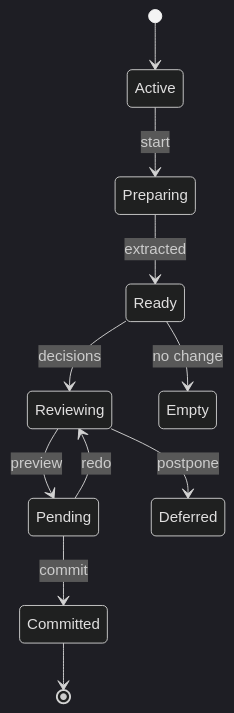
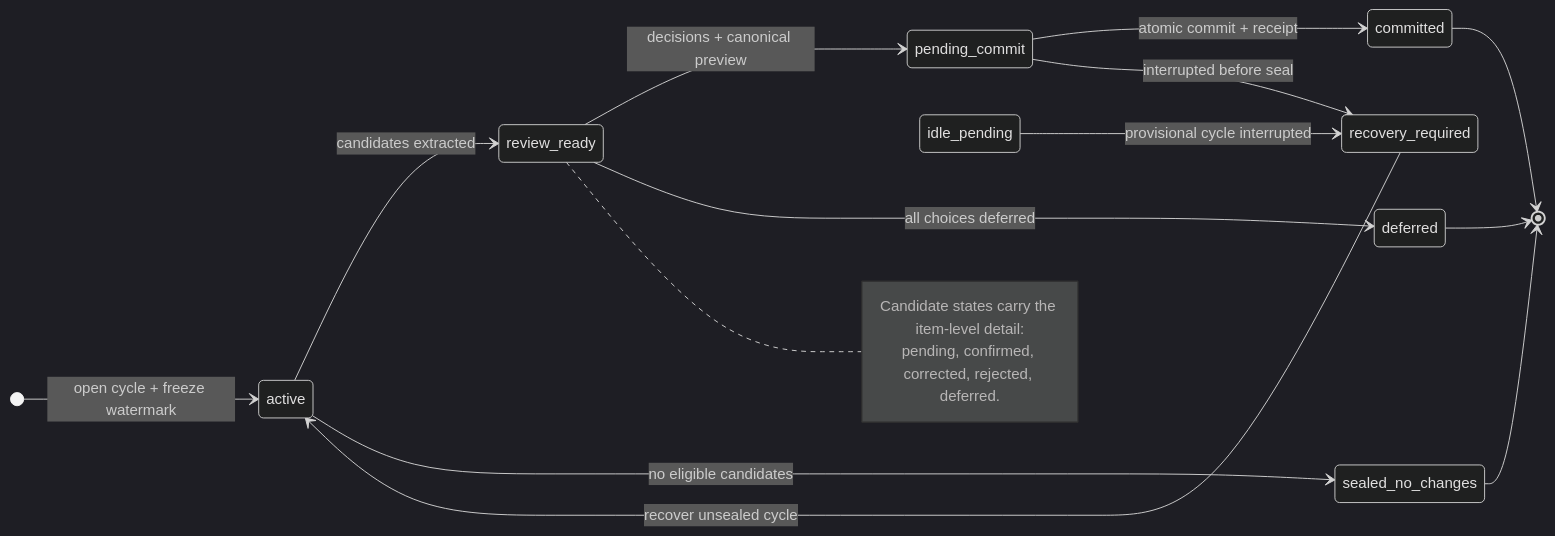
Before and after one commit to Azhonaras/soul-engine: the diagram in docs/REVIEW_CYCLE_SPECIFICATION.md, drawn with Mermaid (dark theme). The commit also changed other lines of this file and 69 other files, not shown here.

````diff
--- a/docs/REVIEW_CYCLE_SPECIFICATION.md
+++ b/docs/REVIEW_CYCLE_SPECIFICATION.md
@@ -26,13 +23,21 @@
 ```mermaid
 stateDiagram-v2
-    [*] --> Active
-    Active --> Preparing: start
-    Preparing --> Ready: extracted
-    Ready --> Reviewing: decisions
-    Reviewing --> Pending: preview
-    Pending --> Committed: commit
-    Pending --> Reviewing: redo
-    Ready --> Empty: no change
-    Reviewing --> Deferred: postpone
-    Committed --> [*]
+    direction LR
+    [*] --> active: open cycle + freeze watermark
+    active --> review_ready: candidates extracted
+    active --> sealed_no_changes: no eligible candidates
+    review_ready --> pending_commit: decisions + canonical preview
+    review_ready --> deferred: all choices deferred
+    pending_commit --> committed: atomic commit + receipt
+    pending_commit --> recovery_required: interrupted before seal
+    recovery_required --> active: recover unsealed cycle
+    idle_pending --> recovery_required: provisional cycle interrupted
+    committed --> [*]
+    sealed_no_changes --> [*]
+    deferred --> [*]
+
+    note right of review_ready
+      Candidate states carry the item-level detail:
+      pending, confirmed, corrected, rejected, deferred.
+    end note
 ```
````
